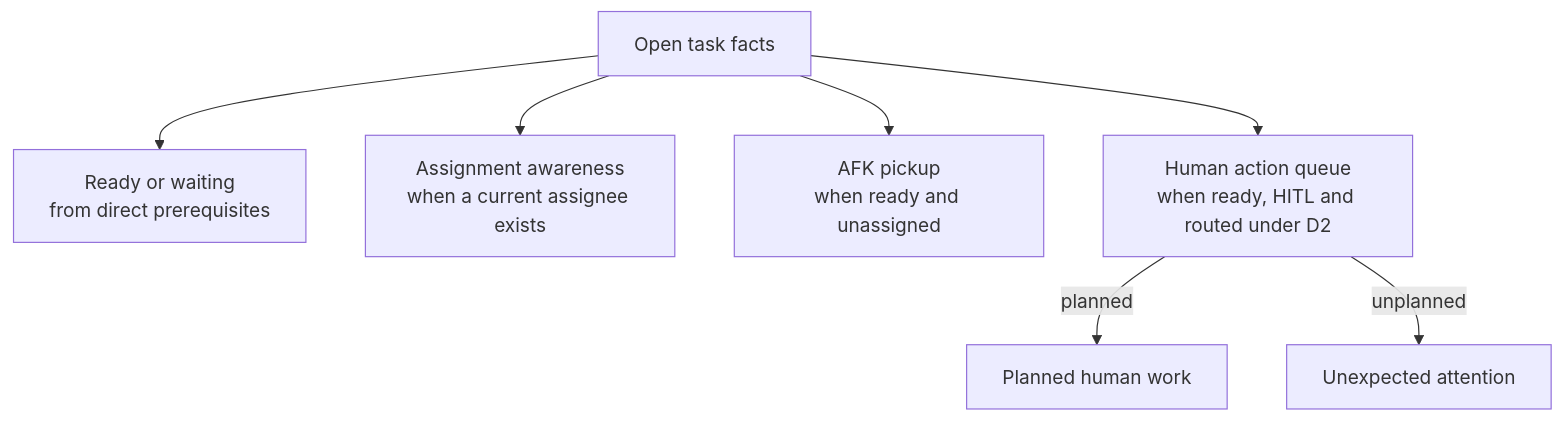
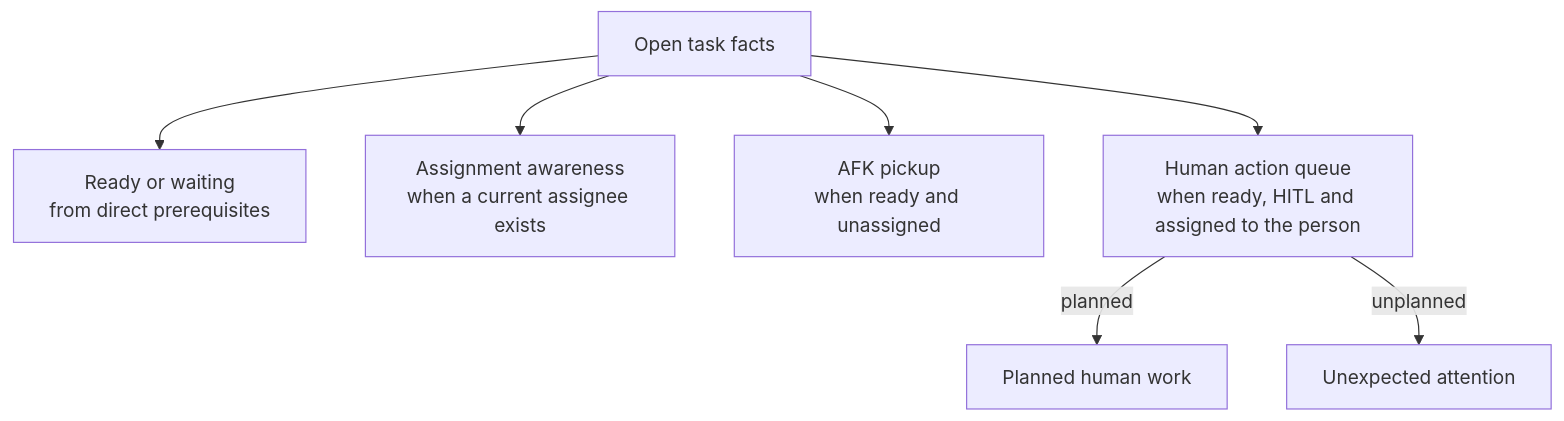
One commit to codethread/botlake changed the fourth of 5 diagrams in docs/prd/work-coordination.md. Above: the diagram before and after it, drawn with Mermaid. The commit also changed other lines of this file and 102 other files, not shown here.

````diff
--- a/docs/prd/work-coordination.md
+++ b/docs/prd/work-coordination.md
@@ -203,9 +206,9 @@
 ```mermaid
 flowchart TD
   OpenWork["Open task facts"] --> ReadinessView["Ready or waiting<br/>from direct prerequisites"]
   OpenWork --> AssignedView["Assignment awareness<br/>when a current assignee exists"]
   OpenWork --> PickupView["AFK pickup<br/>when ready and unassigned"]
-  OpenWork --> HumanView["Human action queue<br/>when ready, HITL and routed under D2"]
+  OpenWork --> HumanView["Human action queue<br/>when ready, HITL and assigned to the person"]
   HumanView -- planned --> PlannedView["Planned human work"]
   HumanView -- unplanned --> AttentionView["Unexpected attention"]
 ```
````
